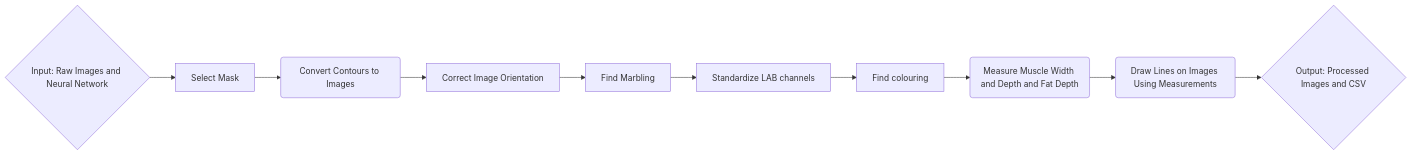
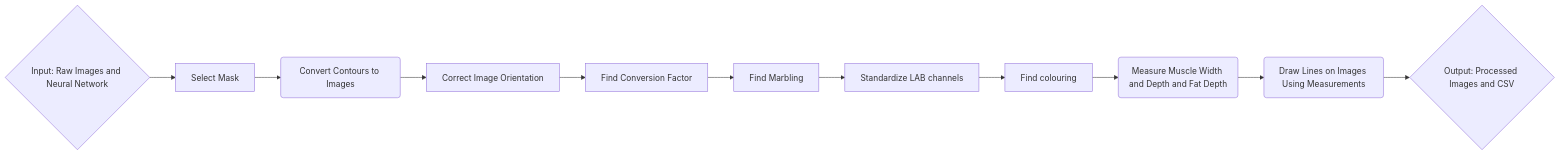
One commit to AAFC-Bioinfo-AAC/pork-vision changed the diagram in README.md. Above: the diagram before and after it, drawn with Mermaid. The commit also changed other lines of this file and 4 other files, not shown here.

Commit message:
Add output images to readme.md

````diff
--- a/README.md
+++ b/README.md
@@ -90,12 +98,13 @@
 ```mermaid
     flowchart LR;
        A{Input: Raw Images and Neural Network}-->B[Select Mask]
             B-->C(Convert Contours to Images)
             C-->D[Correct Image Orientation]
-            D-->E[Find Marbling]
-            E-->F[Standardize LAB channels]
-            F-->G[Find colouring]
-            G-->H(Measure Muscle Width and Depth and Fat Depth)
-            H-->I(Draw Lines on Images Using Measurements)
-            I-->J{Output: Processed Images and CSV}
+            D-->E[Find Conversion Factor]
+            E-->F[Find Marbling]
+            F-->G[Standardize LAB channels]
+            G-->H[Find colouring]
+            H-->I(Measure Muscle Width and Depth and Fat Depth)
+            I-->J(Draw Lines on Images Using Measurements)
+            J-->K{Output: Processed Images and CSV}
 ```
````
